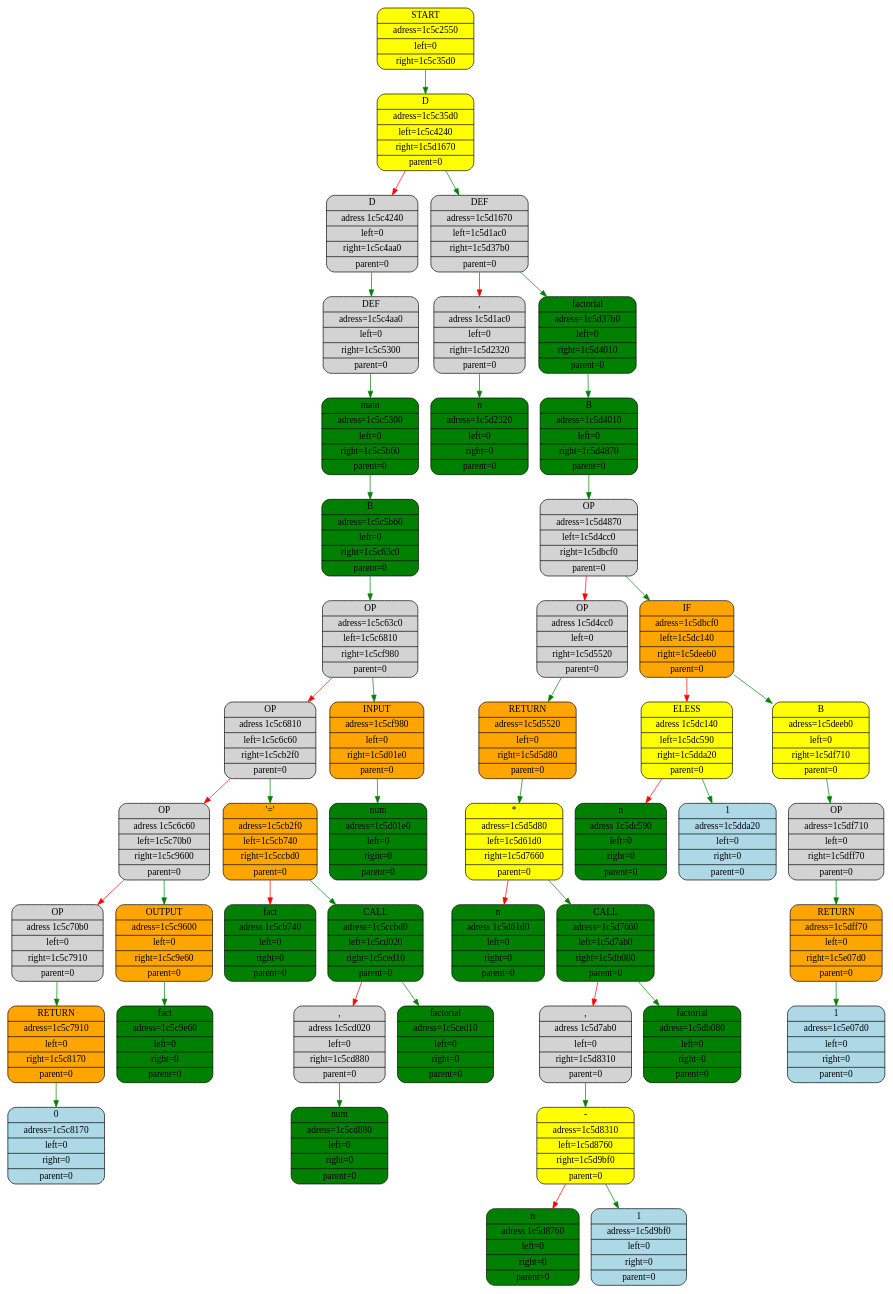
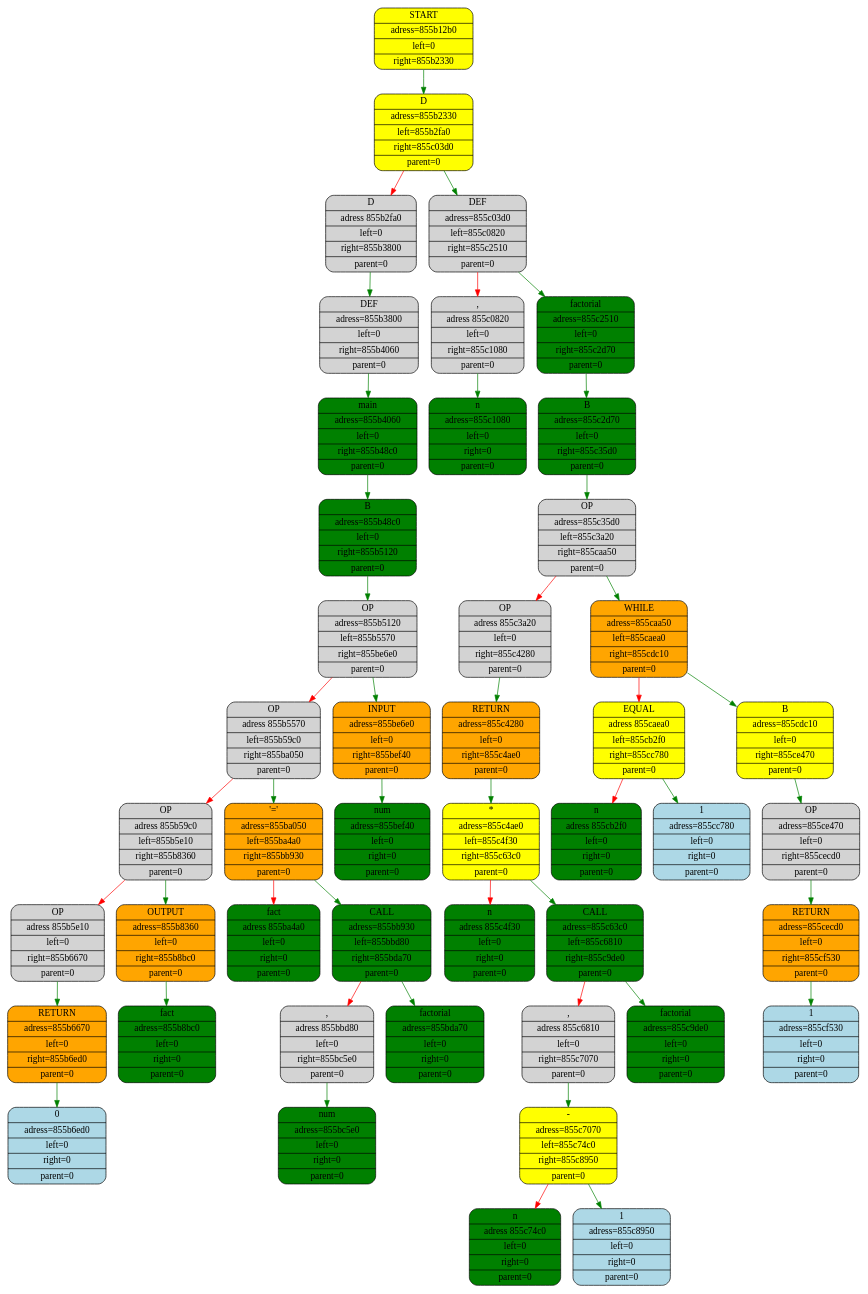
Before and after one commit to kostya2709/New_Roman: the diagram in equation_dump.gv, drawn with Graphviz. The commit also changed 16 other files, not shown here.

```diff
--- a/equation_dump.gv
+++ b/equation_dump.gv
@@ -1,94 +1,94 @@
 digraph First{
 node [shape="Mrecord", style="filled", fillcolor="lightblue"];
-"box1c5c2550" [fillcolor = "yellow",label="{START|adress=1c5c2550|left=0|right=1c5c35d0}"];
-"box1c5c35d0" [fillcolor="yellow",label="{D|adress=1c5c35d0|left=1c5c4240|right=1c5d1670|parent=0}"];
-"box1c5c2550" -> "box1c5c35d0"[color="green"];
-"box1c5c4240" [fillcolor="",label="{D|adress 1c5c4240|left=0|right=1c5c4aa0|parent=0}"];
-"box1c5c35d0" -> "box1c5c4240"[color="red"];
-"box1c5c4aa0" [fillcolor="",label="{DEF|adress=1c5c4aa0|left=0|right=1c5c5300|parent=0}"];
-"box1c5c4240" -> "box1c5c4aa0"[color="green"];
-"box1c5c5300" [fillcolor="green",label="{main|adress=1c5c5300|left=0|right=1c5c5b60|parent=0}"];
-"box1c5c4aa0" -> "box1c5c5300"[color="green"];
-"box1c5c5b60" [fillcolor="green",label="{B|adress=1c5c5b60|left=0|right=1c5c63c0|parent=0}"];
-"box1c5c5300" -> "box1c5c5b60"[color="green"];
-"box1c5c63c0" [fillcolor="",label="{OP|adress=1c5c63c0|left=1c5c6810|right=1c5cf980|parent=0}"];
-"box1c5c5b60" -> "box1c5c63c0"[color="green"];
-"box1c5c6810" [fillcolor="",label="{OP|adress 1c5c6810|left=1c5c6c60|right=1c5cb2f0|parent=0}"];
-"box1c5c63c0" -> "box1c5c6810"[color="red"];
-"box1c5c6c60" [fillcolor="",label="{OP|adress 1c5c6c60|left=1c5c70b0|right=1c5c9600|parent=0}"];
-"box1c5c6810" -> "box1c5c6c60"[color="red"];
-"box1c5c70b0" [fillcolor="",label="{OP|adress 1c5c70b0|left=0|right=1c5c7910|parent=0}"];
-"box1c5c6c60" -> "box1c5c70b0"[color="red"];
-"box1c5c7910" [fillcolor="orange",label="{RETURN|adress=1c5c7910|left=0|right=1c5c8170|parent=0}"];
-"box1c5c70b0" -> "box1c5c7910"[color="green"];
-"box1c5c8170" [label="{0|adress=1c5c8170|left=0|right=0|parent=0}"];
-"box1c5c7910" -> "box1c5c8170"[color="green"];
-"box1c5c9600" [fillcolor="orange",label="{OUTPUT|adress=1c5c9600|left=0|right=1c5c9e60|parent=0}"];
-"box1c5c6c60" -> "box1c5c9600"[color="green"];
-"box1c5c9e60" [fillcolor="green",label="{fact|adress=1c5c9e60|left=0|right=0|parent=0}"];
-"box1c5c9600" -> "box1c5c9e60"[color="green"];
-"box1c5cb2f0" [fillcolor="orange",label="{'='|adress=1c5cb2f0|left=1c5cb740|right=1c5ccbd0|parent=0}"];
-"box1c5c6810" -> "box1c5cb2f0"[color="green"];
-"box1c5cb740" [fillcolor="green",label="{fact|adress 1c5cb740|left=0|right=0|parent=0}"];
-"box1c5cb2f0" -> "box1c5cb740"[color="red"];
-"box1c5ccbd0" [fillcolor="green",label="{CALL|adress=1c5ccbd0|left=1c5cd020|right=1c5ced10|parent=0}"];
-"box1c5cb2f0" -> "box1c5ccbd0"[color="green"];
-"box1c5cd020" [fillcolor="",label="{,|adress 1c5cd020|left=0|right=1c5cd880|parent=0}"];
-"box1c5ccbd0" -> "box1c5cd020"[color="red"];
-"box1c5cd880" [fillcolor="green",label="{num|adress=1c5cd880|left=0|right=0|parent=0}"];
-"box1c5cd020" -> "box1c5cd880"[color="green"];
-"box1c5ced10" [fillcolor="green",label="{factorial|adress=1c5ced10|left=0|right=0|parent=0}"];
-"box1c5ccbd0" -> "box1c5ced10"[color="green"];
-"box1c5cf980" [fillcolor="orange",label="{INPUT|adress=1c5cf980|left=0|right=1c5d01e0|parent=0}"];
-"box1c5c63c0" -> "box1c5cf980"[color="green"];
-"box1c5d01e0" [fillcolor="green",label="{num|adress=1c5d01e0|left=0|right=0|parent=0}"];
-"box1c5cf980" -> "box1c5d01e0"[color="green"];
-"box1c5d1670" [fillcolor="",label="{DEF|adress=1c5d1670|left=1c5d1ac0|right=1c5d37b0|parent=0}"];
-"box1c5c35d0" -> "box1c5d1670"[color="green"];
-"box1c5d1ac0" [fillcolor="",label="{,|adress 1c5d1ac0|left=0|right=1c5d2320|parent=0}"];
-"box1c5d1670" -> "box1c5d1ac0"[color="red"];
-"box1c5d2320" [fillcolor="green",label="{n|adress=1c5d2320|left=0|right=0|parent=0}"];
-"box1c5d1ac0" -> "box1c5d2320"[color="green"];
-"box1c5d37b0" [fillcolor="green",label="{factorial|adress=1c5d37b0|left=0|right=1c5d4010|parent=0}"];
-"box1c5d1670" -> "box1c5d37b0"[color="green"];
-"box1c5d4010" [fillcolor="green",label="{B|adress=1c5d4010|left=0|right=1c5d4870|parent=0}"];
-"box1c5d37b0" -> "box1c5d4010"[color="green"];
-"box1c5d4870" [fillcolor="",label="{OP|adress=1c5d4870|left=1c5d4cc0|right=1c5dbcf0|parent=0}"];
-"box1c5d4010" -> "box1c5d4870"[color="green"];
-"box1c5d4cc0" [fillcolor="",label="{OP|adress 1c5d4cc0|left=0|right=1c5d5520|parent=0}"];
-"box1c5d4870" -> "box1c5d4cc0"[color="red"];
-"box1c5d5520" [fillcolor="orange",label="{RETURN|adress=1c5d5520|left=0|right=1c5d5d80|parent=0}"];
-"box1c5d4cc0" -> "box1c5d5520"[color="green"];
-"box1c5d5d80" [fillcolor="yellow",label="{*|adress=1c5d5d80|left=1c5d61d0|right=1c5d7660|parent=0}"];
-"box1c5d5520" -> "box1c5d5d80"[color="green"];
-"box1c5d61d0" [fillcolor="green",label="{n|adress 1c5d61d0|left=0|right=0|parent=0}"];
-"box1c5d5d80" -> "box1c5d61d0"[color="red"];
-"box1c5d7660" [fillcolor="green",label="{CALL|adress=1c5d7660|left=1c5d7ab0|right=1c5db080|parent=0}"];
-"box1c5d5d80" -> "box1c5d7660"[color="green"];
-"box1c5d7ab0" [fillcolor="",label="{,|adress 1c5d7ab0|left=0|right=1c5d8310|parent=0}"];
-"box1c5d7660" -> "box1c5d7ab0"[color="red"];
-"box1c5d8310" [fillcolor="yellow",label="{-|adress=1c5d8310|left=1c5d8760|right=1c5d9bf0|parent=0}"];
-"box1c5d7ab0" -> "box1c5d8310"[color="green"];
-"box1c5d8760" [fillcolor="green",label="{n|adress 1c5d8760|left=0|right=0|parent=0}"];
-"box1c5d8310" -> "box1c5d8760"[color="red"];
-"box1c5d9bf0" [label="{1|adress=1c5d9bf0|left=0|right=0|parent=0}"];
-"box1c5d8310" -> "box1c5d9bf0"[color="green"];
-"box1c5db080" [fillcolor="green",label="{factorial|adress=1c5db080|left=0|right=0|parent=0}"];
-"box1c5d7660" -> "box1c5db080"[color="green"];
-"box1c5dbcf0" [fillcolor="orange",label="{IF|adress=1c5dbcf0|left=1c5dc140|right=1c5deeb0|parent=0}"];
-"box1c5d4870" -> "box1c5dbcf0"[color="green"];
-"box1c5dc140" [fillcolor="yellow",label="{ELESS|adress 1c5dc140|left=1c5dc590|right=1c5dda20|parent=0}"];
-"box1c5dbcf0" -> "box1c5dc140"[color="red"];
-"box1c5dc590" [fillcolor="green",label="{n|adress 1c5dc590|left=0|right=0|parent=0}"];
-"box1c5dc140" -> "box1c5dc590"[color="red"];
-"box1c5dda20" [label="{1|adress=1c5dda20|left=0|right=0|parent=0}"];
-"box1c5dc140" -> "box1c5dda20"[color="green"];
-"box1c5deeb0" [fillcolor="yellow",label="{B|adress=1c5deeb0|left=0|right=1c5df710|parent=0}"];
-"box1c5dbcf0" -> "box1c5deeb0"[color="green"];
-"box1c5df710" [fillcolor="",label="{OP|adress=1c5df710|left=0|right=1c5dff70|parent=0}"];
-"box1c5deeb0" -> "box1c5df710"[color="green"];
-"box1c5dff70" [fillcolor="orange",label="{RETURN|adress=1c5dff70|left=0|right=1c5e07d0|parent=0}"];
-"box1c5df710" -> "box1c5dff70"[color="green"];
-"box1c5e07d0" [label="{1|adress=1c5e07d0|left=0|right=0|parent=0}"];
-"box1c5dff70" -> "box1c5e07d0"[color="green"];
+"box855b12b0" [fillcolor = "yellow",label="{START|adress=855b12b0|left=0|right=855b2330}"];
+"box855b2330" [fillcolor="yellow",label="{D|adress=855b2330|left=855b2fa0|right=855c03d0|parent=0}"];
+"box855b12b0" -> "box855b2330"[color="green"];
+"box855b2fa0" [fillcolor="",label="{D|adress 855b2fa0|left=0|right=855b3800|parent=0}"];
+"box855b2330" -> "box855b2fa0"[color="red"];
+"box855b3800" [fillcolor="",label="{DEF|adress=855b3800|left=0|right=855b4060|parent=0}"];
+"box855b2fa0" -> "box855b3800"[color="green"];
+"box855b4060" [fillcolor="green",label="{main|adress=855b4060|left=0|right=855b48c0|parent=0}"];
+"box855b3800" -> "box855b4060"[color="green"];
+"box855b48c0" [fillcolor="green",label="{B|adress=855b48c0|left=0|right=855b5120|parent=0}"];
+"box855b4060" -> "box855b48c0"[color="green"];
+"box855b5120" [fillcolor="",label="{OP|adress=855b5120|left=855b5570|right=855be6e0|parent=0}"];
+"box855b48c0" -> "box855b5120"[color="green"];
+"box855b5570" [fillcolor="",label="{OP|adress 855b5570|left=855b59c0|right=855ba050|parent=0}"];
+"box855b5120" -> "box855b5570"[color="red"];
+"box855b59c0" [fillcolor="",label="{OP|adress 855b59c0|left=855b5e10|right=855b8360|parent=0}"];
+"box855b5570" -> "box855b59c0"[color="red"];
+"box855b5e10" [fillcolor="",label="{OP|adress 855b5e10|left=0|right=855b6670|parent=0}"];
+"box855b59c0" -> "box855b5e10"[color="red"];
+"box855b6670" [fillcolor="orange",label="{RETURN|adress=855b6670|left=0|right=855b6ed0|parent=0}"];
+"box855b5e10" -> "box855b6670"[color="green"];
+"box855b6ed0" [label="{0|adress=855b6ed0|left=0|right=0|parent=0}"];
+"box855b6670" -> "box855b6ed0"[color="green"];
+"box855b8360" [fillcolor="orange",label="{OUTPUT|adress=855b8360|left=0|right=855b8bc0|parent=0}"];
+"box855b59c0" -> "box855b8360"[color="green"];
+"box855b8bc0" [fillcolor="green",label="{fact|adress=855b8bc0|left=0|right=0|parent=0}"];
+"box855b8360" -> "box855b8bc0"[color="green"];
+"box855ba050" [fillcolor="orange",label="{'='|adress=855ba050|left=855ba4a0|right=855bb930|parent=0}"];
+"box855b5570" -> "box855ba050"[color="green"];
+"box855ba4a0" [fillcolor="green",label="{fact|adress 855ba4a0|left=0|right=0|parent=0}"];
+"box855ba050" -> "box855ba4a0"[color="red"];
+"box855bb930" [fillcolor="green",label="{CALL|adress=855bb930|left=855bbd80|right=855bda70|parent=0}"];
+"box855ba050" -> "box855bb930"[color="green"];
+"box855bbd80" [fillcolor="",label="{,|adress 855bbd80|left=0|right=855bc5e0|parent=0}"];
+"box855bb930" -> "box855bbd80"[color="red"];
+"box855bc5e0" [fillcolor="green",label="{num|adress=855bc5e0|left=0|right=0|parent=0}"];
+"box855bbd80" -> "box855bc5e0"[color="green"];
+"box855bda70" [fillcolor="green",label="{factorial|adress=855bda70|left=0|right=0|parent=0}"];
+"box855bb930" -> "box855bda70"[color="green"];
+"box855be6e0" [fillcolor="orange",label="{INPUT|adress=855be6e0|left=0|right=855bef40|parent=0}"];
+"box855b5120" -> "box855be6e0"[color="green"];
+"box855bef40" [fillcolor="green",label="{num|adress=855bef40|left=0|right=0|parent=0}"];
+"box855be6e0" -> "box855bef40"[color="green"];
+"box855c03d0" [fillcolor="",label="{DEF|adress=855c03d0|left=855c0820|right=855c2510|parent=0}"];
+"box855b2330" -> "box855c03d0"[color="green"];
+"box855c0820" [fillcolor="",label="{,|adress 855c0820|left=0|right=855c1080|parent=0}"];
+"box855c03d0" -> "box855c0820"[color="red"];
+"box855c1080" [fillcolor="green",label="{n|adress=855c1080|left=0|right=0|parent=0}"];
+"box855c0820" -> "box855c1080"[color="green"];
+"box855c2510" [fillcolor="green",label="{factorial|adress=855c2510|left=0|right=855c2d70|parent=0}"];
+"box855c03d0" -> "box855c2510"[color="green"];
+"box855c2d70" [fillcolor="green",label="{B|adress=855c2d70|left=0|right=855c35d0|parent=0}"];
+"box855c2510" -> "box855c2d70"[color="green"];
+"box855c35d0" [fillcolor="",label="{OP|adress=855c35d0|left=855c3a20|right=855caa50|parent=0}"];
+"box855c2d70" -> "box855c35d0"[color="green"];
+"box855c3a20" [fillcolor="",label="{OP|adress 855c3a20|left=0|right=855c4280|parent=0}"];
+"box855c35d0" -> "box855c3a20"[color="red"];
+"box855c4280" [fillcolor="orange",label="{RETURN|adress=855c4280|left=0|right=855c4ae0|parent=0}"];
+"box855c3a20" -> "box855c4280"[color="green"];
+"box855c4ae0" [fillcolor="yellow",label="{*|adress=855c4ae0|left=855c4f30|right=855c63c0|parent=0}"];
+"box855c4280" -> "box855c4ae0"[color="green"];
+"box855c4f30" [fillcolor="green",label="{n|adress 855c4f30|left=0|right=0|parent=0}"];
+"box855c4ae0" -> "box855c4f30"[color="red"];
+"box855c63c0" [fillcolor="green",label="{CALL|adress=855c63c0|left=855c6810|right=855c9de0|parent=0}"];
+"box855c4ae0" -> "box855c63c0"[color="green"];
+"box855c6810" [fillcolor="",label="{,|adress 855c6810|left=0|right=855c7070|parent=0}"];
+"box855c63c0" -> "box855c6810"[color="red"];
+"box855c7070" [fillcolor="yellow",label="{-|adress=855c7070|left=855c74c0|right=855c8950|parent=0}"];
+"box855c6810" -> "box855c7070"[color="green"];
+"box855c74c0" [fillcolor="green",label="{n|adress 855c74c0|left=0|right=0|parent=0}"];
+"box855c7070" -> "box855c74c0"[color="red"];
+"box855c8950" [label="{1|adress=855c8950|left=0|right=0|parent=0}"];
+"box855c7070" -> "box855c8950"[color="green"];
+"box855c9de0" [fillcolor="green",label="{factorial|adress=855c9de0|left=0|right=0|parent=0}"];
+"box855c63c0" -> "box855c9de0"[color="green"];
+"box855caa50" [fillcolor="orange",label="{WHILE|adress=855caa50|left=855caea0|right=855cdc10|parent=0}"];
+"box855c35d0" -> "box855caa50"[color="green"];
+"box855caea0" [fillcolor="yellow",label="{EQUAL|adress 855caea0|left=855cb2f0|right=855cc780|parent=0}"];
+"box855caa50" -> "box855caea0"[color="red"];
+"box855cb2f0" [fillcolor="green",label="{n|adress 855cb2f0|left=0|right=0|parent=0}"];
+"box855caea0" -> "box855cb2f0"[color="red"];
+"box855cc780" [label="{1|adress=855cc780|left=0|right=0|parent=0}"];
+"box855caea0" -> "box855cc780"[color="green"];
+"box855cdc10" [fillcolor="yellow",label="{B|adress=855cdc10|left=0|right=855ce470|parent=0}"];
+"box855caa50" -> "box855cdc10"[color="green"];
+"box855ce470" [fillcolor="",label="{OP|adress=855ce470|left=0|right=855cecd0|parent=0}"];
+"box855cdc10" -> "box855ce470"[color="green"];
+"box855cecd0" [fillcolor="orange",label="{RETURN|adress=855cecd0|left=0|right=855cf530|parent=0}"];
+"box855ce470" -> "box855cecd0"[color="green"];
+"box855cf530" [label="{1|adress=855cf530|left=0|right=0|parent=0}"];
+"box855cecd0" -> "box855cf530"[color="green"];
 }
```
